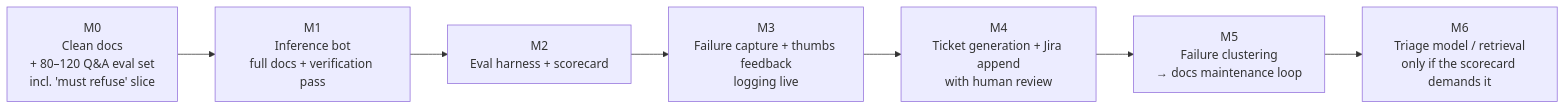
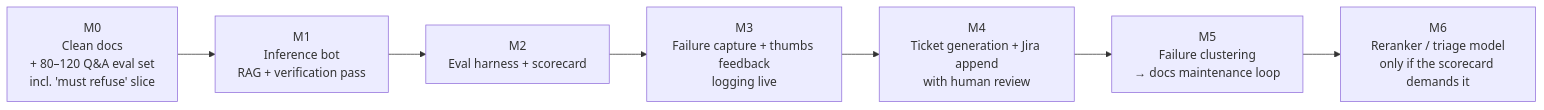
One commit to troymerales/sugbo-chatbot changed diagram 11 of 12 in docs/SugboDoc-Chatbot-Flowchart.md. Above: the diagram before and after it, drawn with Mermaid. The commit also changed other lines of this file and 6 other files, not shown here.

````diff
--- a/docs/SugboDoc-Chatbot-Flowchart.md
+++ b/docs/SugboDoc-Chatbot-Flowchart.md
@@ -340,9 +383,9 @@
 ```mermaid
 flowchart LR
-    M0[M0<br/>Clean docs<br/>+ 80–120 Q&A eval set<br/>incl. 'must refuse' slice] --> M1[M1<br/>Inference bot<br/>full docs + verification pass]
+    M0[M0<br/>Clean docs<br/>+ 80–120 Q&A eval set<br/>incl. 'must refuse' slice] --> M1[M1<br/>Inference bot<br/>RAG + verification pass]
     M1 --> M2[M2<br/>Eval harness + scorecard]
     M2 --> M3[M3<br/>Failure capture + thumbs feedback<br/>logging live]
     M3 --> M4[M4<br/>Ticket generation + Jira append<br/>with human review]
     M4 --> M5[M5<br/>Failure clustering<br/>→ docs maintenance loop]
-    M5 --> M6[M6<br/>Triage model / retrieval<br/>only if the scorecard demands it]
+    M5 --> M6[M6<br/>Reranker / triage model<br/>only if the scorecard demands it]
 ```
````
